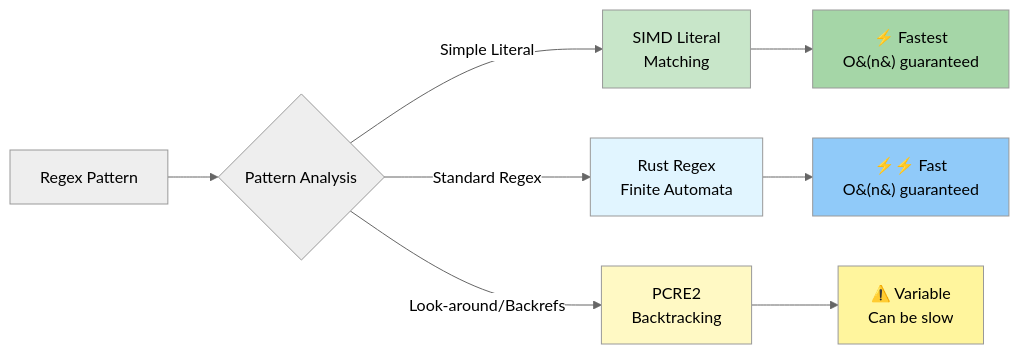
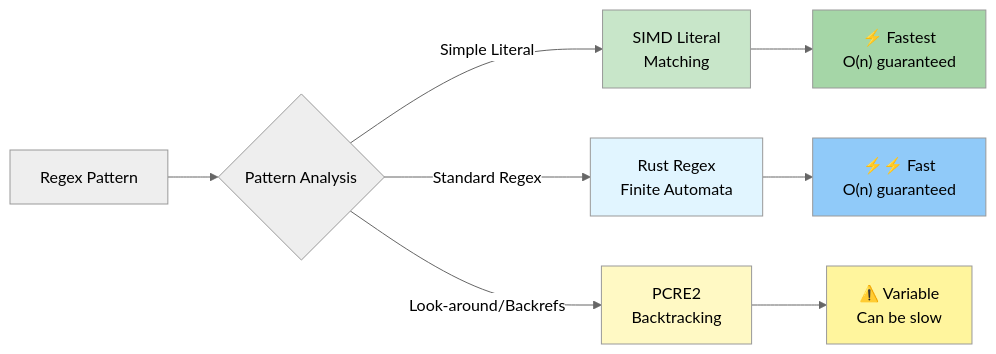
The third of 3 diagrams in docs/performance.md (iepathos/ripgrep), drawn with Mermaid (neutral theme) before and after one commit. The commit also changed other lines of this file and 49 other files, not shown here.

First line of the commit message:
fix: replace HTML tags in Mermaid diagrams with proper syntax

````diff
--- a/docs/performance.md
+++ b/docs/performance.md
@@ -294,19 +301,25 @@
 ```mermaid
 graph LR
     Pattern[Regex Pattern] --> Analysis{Pattern Analysis}
 
-    Analysis -->|Simple Literal| Literal[SIMD Literal<br/>Matching]
-    Analysis -->|Standard Regex| DFA[Rust Regex<br/>Finite Automata]
-    Analysis -->|Look-around/Backrefs| PCRE[PCRE2<br/>Backtracking]
+    Analysis -->|Simple Literal| Literal["SIMD Literal
+Matching"]
+    Analysis -->|Standard Regex| DFA["Rust Regex
+Finite Automata"]
+    Analysis -->|Look-around/Backrefs| PCRE["PCRE2
+Backtracking"]
 
-    Literal --> Perf1[⚡ Fastest<br/>O&#40;n&#41; guaranteed]
-    DFA --> Perf2[⚡⚡ Fast<br/>O&#40;n&#41; guaranteed]
-    PCRE --> Perf3[⚠️ Variable<br/>Can be slow]
+    Literal --> Perf1["⚡ Fastest
+    O(n) guaranteed"]
+    DFA --> Perf2["⚡⚡ Fast
+    O(n) guaranteed"]
+    PCRE --> Perf3["⚠️ Variable
+    Can be slow"]
 
     style Literal fill:#c8e6c9
     style DFA fill:#e1f5ff
     style PCRE fill:#fff9c4
     style Perf1 fill:#a5d6a7
     style Perf2 fill:#90caf9
     style Perf3 fill:#fff59d
 ```
````
